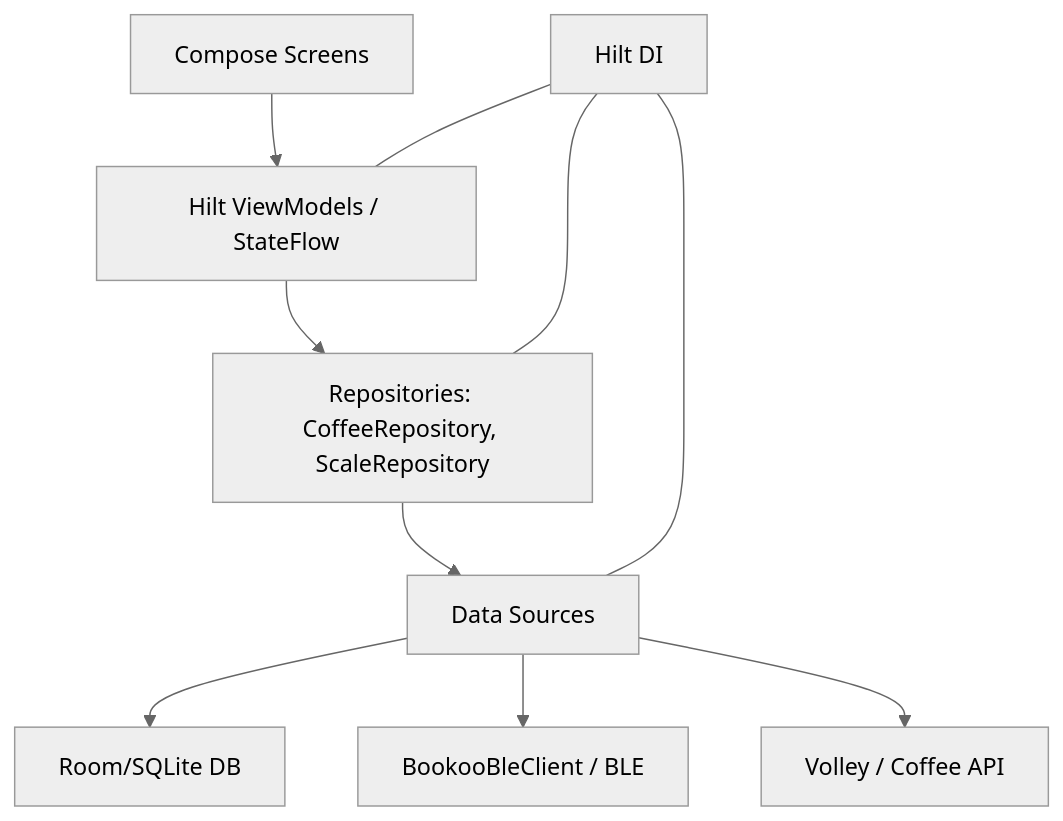
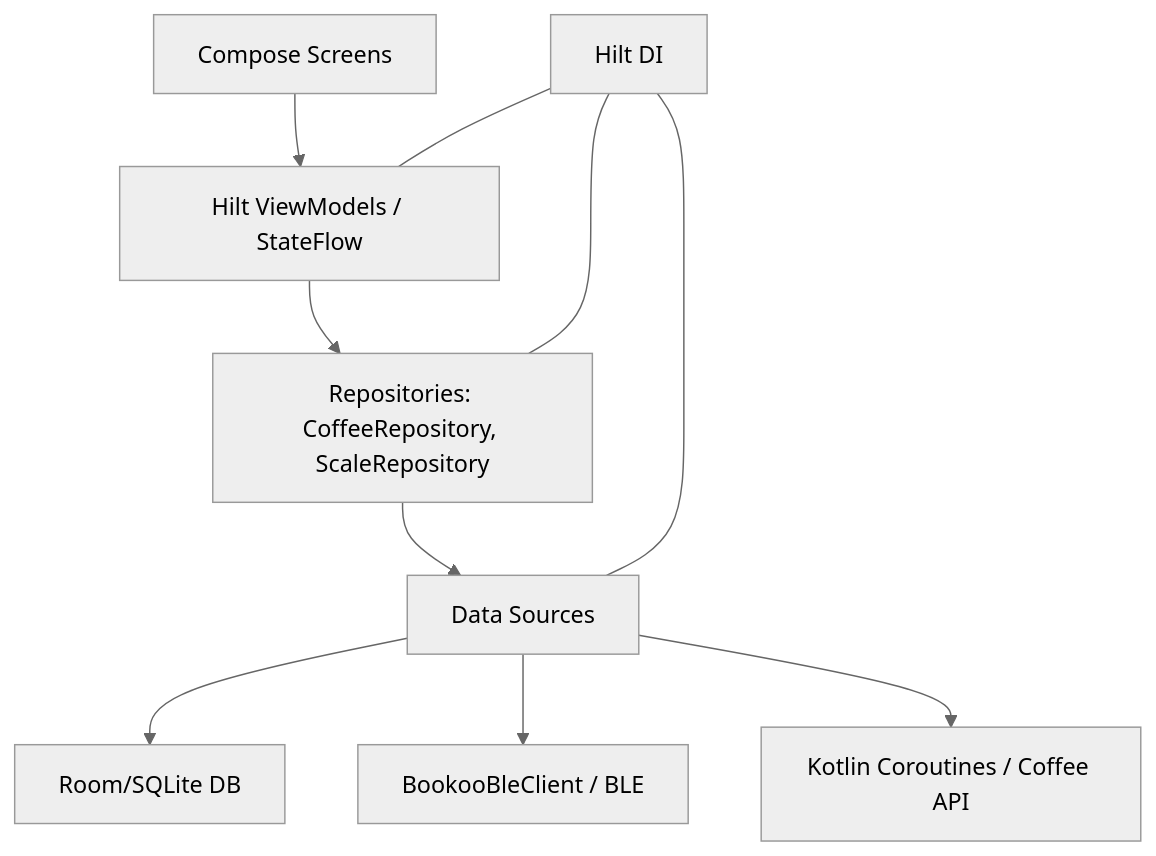
The diagram in README.md (VictorKoffed/Projekt-Android), drawn with Mermaid (neutral theme) before and after one commit. The commit also changed other lines of this file, not shown here.

````diff
--- a/README.md
+++ b/README.md
@@ -101,12 +101,12 @@
 ```mermaid
 graph TD
   UI["Compose Screens"] --> VM["Hilt ViewModels / StateFlow"]
   VM --> Repo["Repositories: CoffeeRepository, ScaleRepository"]
   Repo --> Data["Data Sources"]
   Data --> Room["Room/SQLite DB"]
   Data --> BLE["BookooBleClient / BLE"]
-  Data --> Network["Volley / Coffee API"]
+  Data --> Network["Kotlin Coroutines / Coffee API"]
   DI["Hilt DI"] --- VM
   DI --- Repo
   DI --- Data
 ```
````
